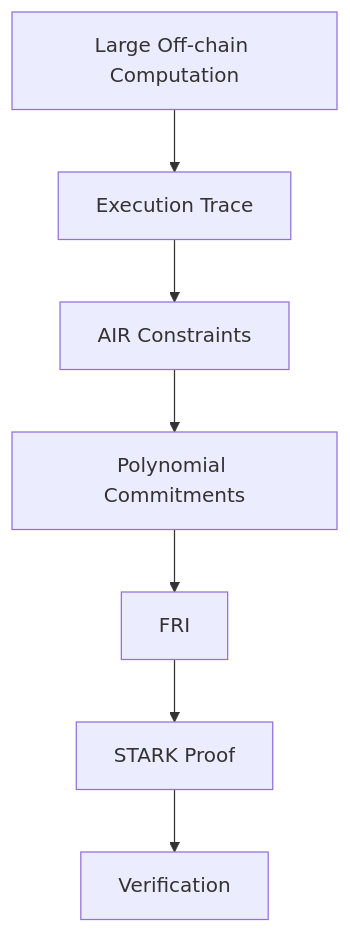
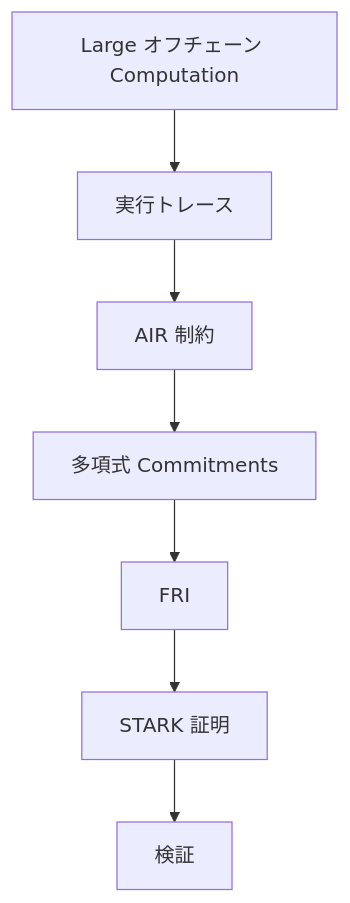
Diagram 11 of 43 in docs/whitepaper/09-technology.md (ShigeichiroYamasaki/creator-first-platform), drawn with Mermaid before and after one commit. The commit also changed other lines of this file and 72 other files, not shown here.

````diff
--- a/docs/whitepaper/09-technology.md
+++ b/docs/whitepaper/09-technology.md
@@ -463,17 +463,17 @@
 ```mermaid
 flowchart TD
-    COMPUTE[Large Off-chain Computation]
-    TRACE[Execution Trace]
-    AIR[AIR Constraints]
-    COMMIT[Polynomial Commitments]
+    COMPUTE[Large オフチェーン Computation]
+    TRACE[実行トレース]
+    AIR[AIR 制約]
+    COMMIT[多項式 Commitments]
     FRI[FRI]
-    PROOF[STARK Proof]
-    VERIFY[Verification]
+    PROOF[STARK 証明]
+    VERIFY[検証]
 
     COMPUTE --> TRACE
     TRACE --> AIR
     AIR --> COMMIT
     COMMIT --> FRI
     FRI --> PROOF
     PROOF --> VERIFY
 ```
````
